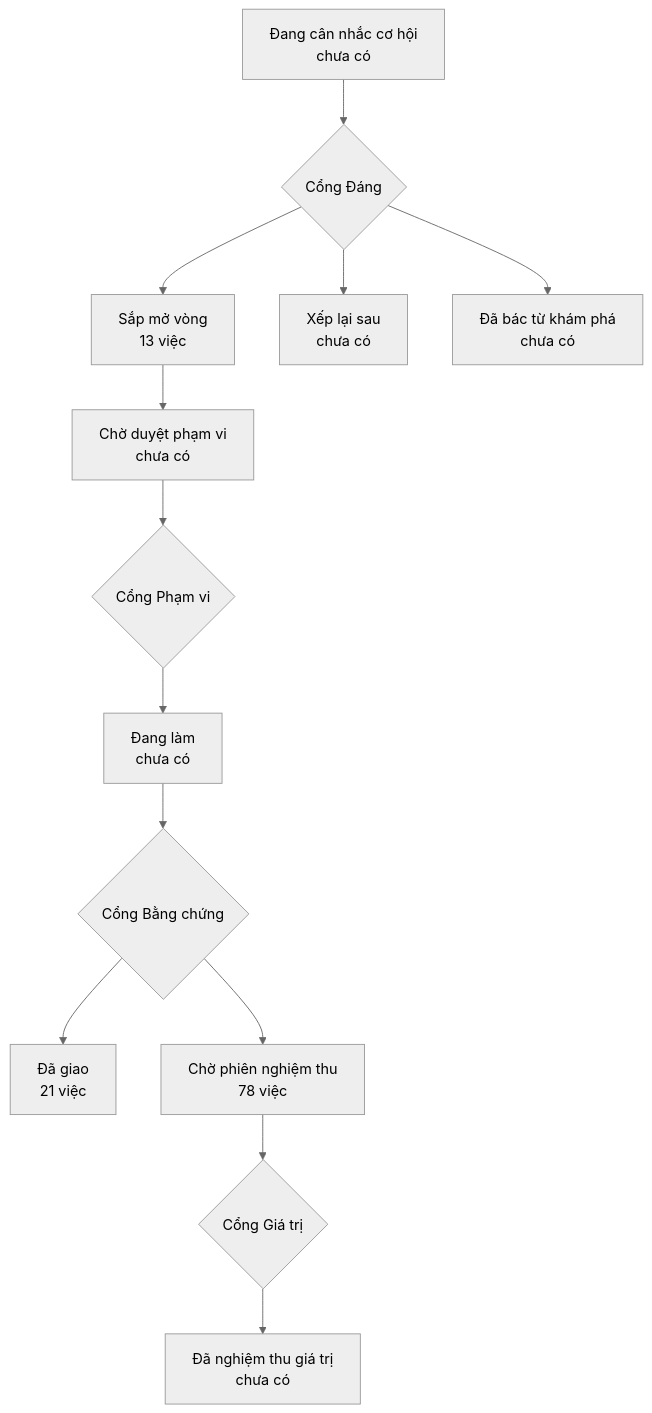
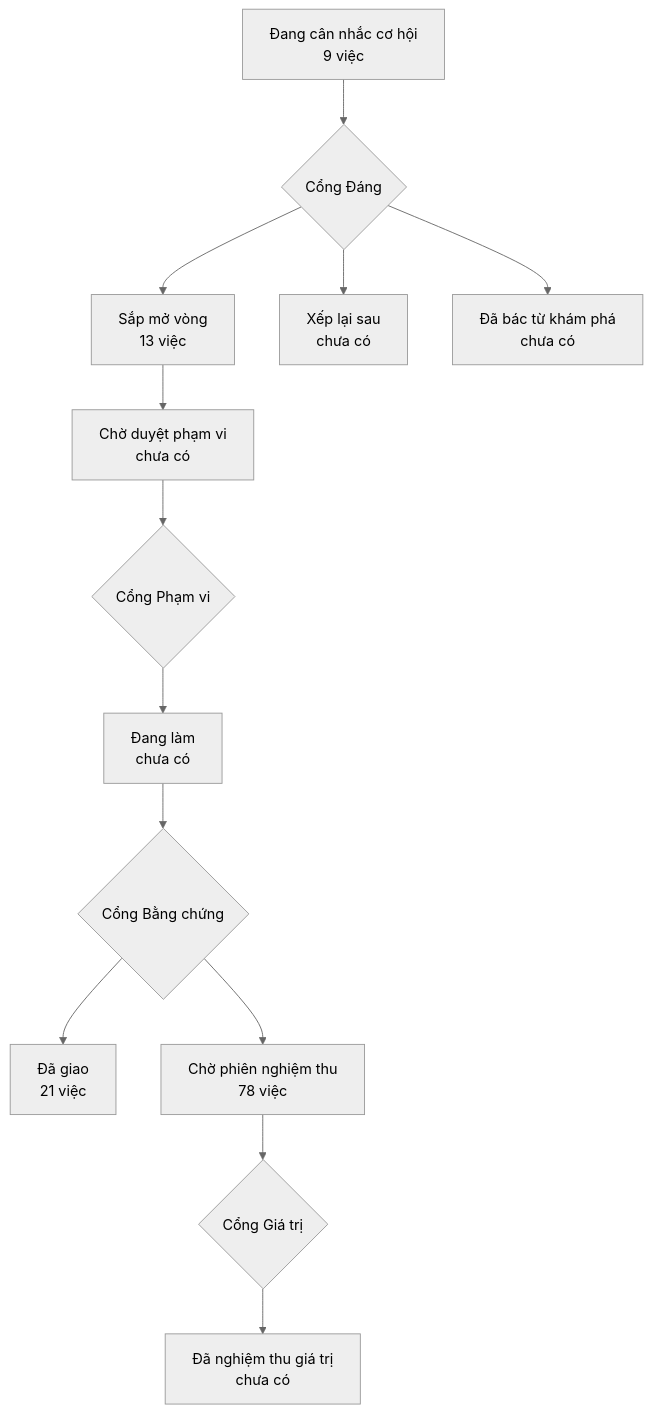
Before and after one commit to phanlemanh/onehub-quy-hang: the diagram in PRODUCT-MAP.md, drawn with Mermaid (neutral theme). The commit also changed other lines of this file and 20 other files, not shown here.

First line of the commit message:
chore(acceptance): ô cơ hội 9 hàng chờ Cổng Đáng (đợt dau-khach-nhap, lượt 2)

````diff
--- a/PRODUCT-MAP.md
+++ b/PRODUCT-MAP.md
@@ -7,12 +7,12 @@
 ```mermaid
 flowchart TD
-  A["Đang cân nhắc cơ hội<br/>chưa có"] --> GD{"Cổng Đáng"}
+  A["Đang cân nhắc cơ hội<br/>9 việc"] --> GD{"Cổng Đáng"}
   GD --> B["Sắp mở vòng<br/>13 việc"]
   GD --> XL["Xếp lại sau<br/>chưa có"]
   GD --> DB["Đã bác từ khám phá<br/>chưa có"]
   B --> CD["Chờ duyệt phạm vi<br/>chưa có"] --> GP{"Cổng Phạm vi"}
   GP --> DL["Đang làm<br/>chưa có"] --> GB{"Cổng Bằng chứng"}
   GB --> DG["Đã giao<br/>21 việc"]
   GB --> CN["Chờ phiên nghiệm thu<br/>78 việc"] --> GG{"Cổng Giá trị"}
   GG --> NT["Đã nghiệm thu giá trị<br/>chưa có"]
 ```
````
